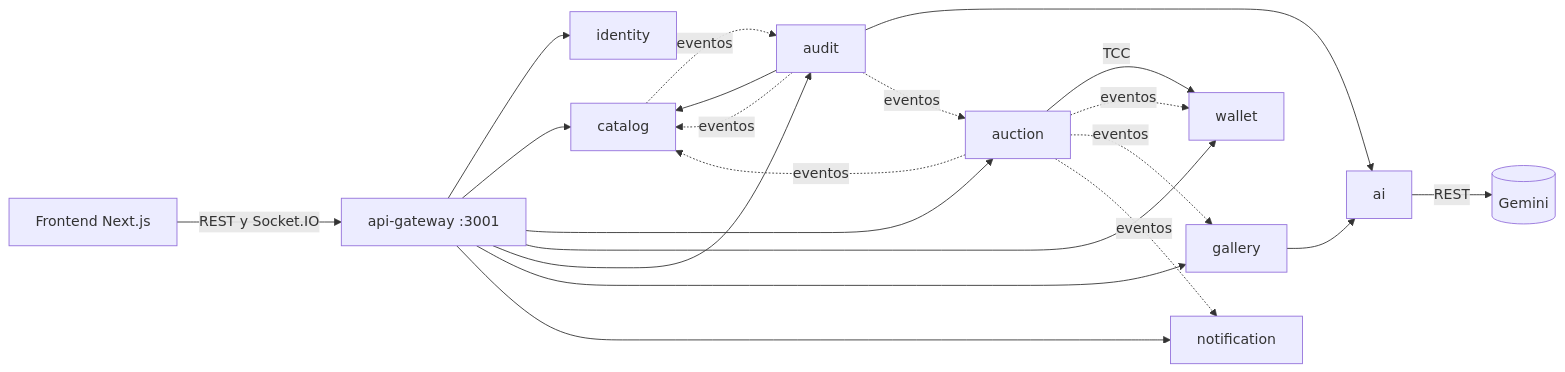
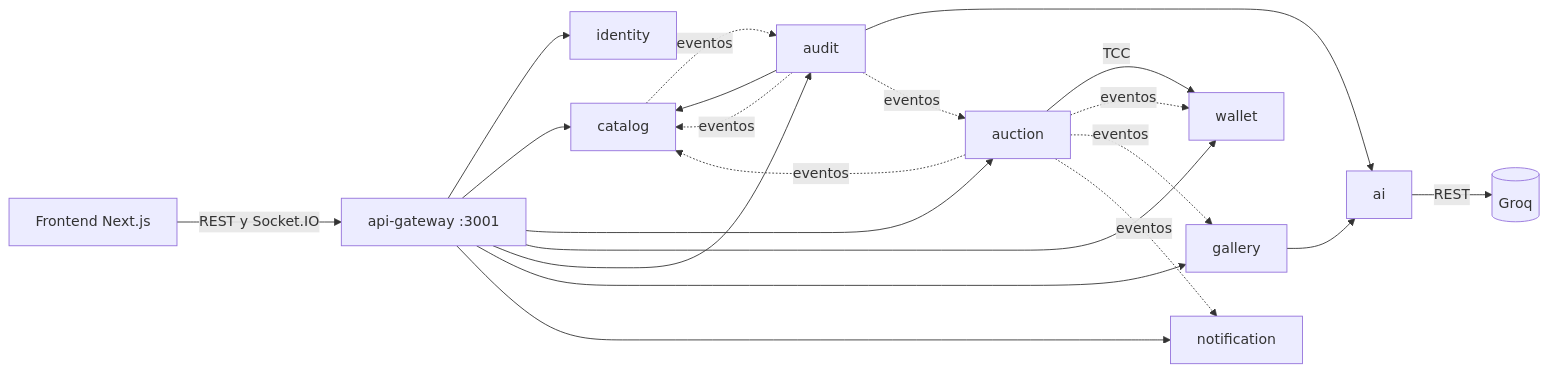
The diagram in README.md (Juan-Camilo-Martinez-B/artauction_backend), drawn with Mermaid before and after one commit. The commit also changed other lines of this file and 9 other files, not shown here.

````diff
--- a/README.md
+++ b/README.md
@@ -9,23 +9,23 @@
 ```mermaid
 flowchart LR
   FE[Frontend Next.js] -- REST y Socket.IO --> GW[api-gateway :3001]
   GW --> ID[identity]
   GW --> CAT[catalog]
   GW --> AUC[auction]
   GW --> WAL[wallet]
   GW --> AUD[audit]
   GW --> GAL[gallery]
   GW --> NOT[notification]
   AUC -- TCC --> WAL
   AUD --> CAT
   AUD --> AI[ai]
   GAL --> AI
-  AI -- REST --> GEM[(Gemini)]
+  AI -- REST --> GEM[(Groq)]
   CAT -. eventos .-> AUD
   AUD -. eventos .-> CAT
   AUD -. eventos .-> AUC
   AUC -. eventos .-> WAL
   AUC -. eventos .-> CAT
   AUC -. eventos .-> GAL
   AUC -. eventos .-> NOT
 ```
````
